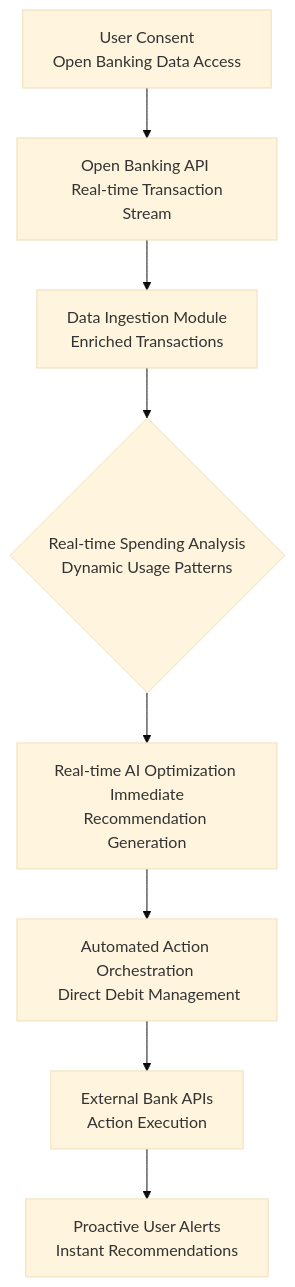
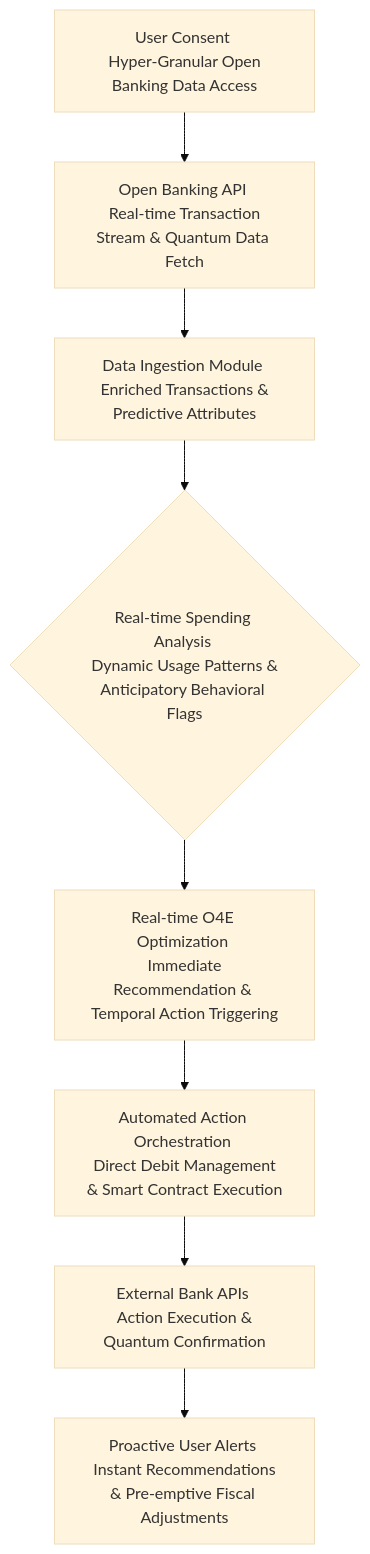
The eighth of 10 diagrams in inventions/inventions/006_ai_subscription_detection/007_ai_subscription_optimization.md (diplomat-bit/Citibank_Demo_Business_Inc_Demonstration-), drawn with Mermaid (base theme) before and after one commit. The commit also changed other lines of this file, not shown here.

````diff
--- a/inventions/inventions/006_ai_subscription_detection/007_ai_subscription_optimization.md
+++ b/inventions/inventions/006_ai_subscription_detection/007_ai_subscription_optimization.md
@@ -236,10 +253,10 @@
 ```mermaid
 graph TD
-    A[User Consent <br/> Open Banking Data Access] --> B[Open Banking API <br/> Real-time Transaction Stream]
-    B --> C[Data Ingestion Module <br/> Enriched Transactions]
-    C --> D{Real-time Spending Analysis <br/> Dynamic Usage Patterns}
-    D --> E[Real-time AI Optimization <br/> Immediate Recommendation Generation]
-    E --> F[Automated Action Orchestration <br/> Direct Debit Management]
-    F --> G[External Bank APIs <br/> Action Execution]
-    G --> H[Proactive User Alerts <br/> Instant Recommendations]
+    A[User Consent <br/> Hyper-Granular Open Banking Data Access] --> B[Open Banking API <br/> Real-time Transaction Stream & Quantum Data Fetch]
+    B --> C[Data Ingestion Module <br/> Enriched Transactions & Predictive Attributes]
+    C --> D{Real-time Spending Analysis <br/> Dynamic Usage Patterns & Anticipatory Behavioral Flags}
+    D --> E[Real-time O4E Optimization <br/> Immediate Recommendation & Temporal Action Triggering]
+    E --> F[Automated Action Orchestration <br/> Direct Debit Management & Smart Contract Execution]
+    F --> G[External Bank APIs <br/> Action Execution & Quantum Confirmation]
+    G --> H[Proactive User Alerts <br/> Instant Recommendations & Pre-emptive Fiscal Adjustments]
 ```
````
